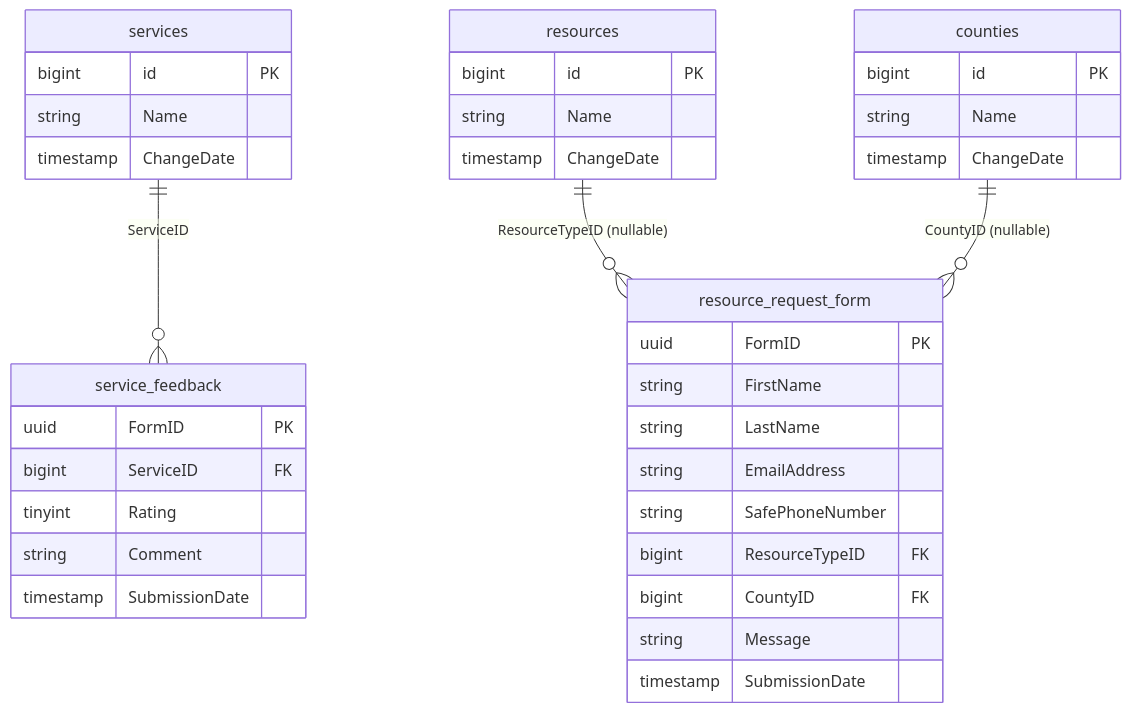
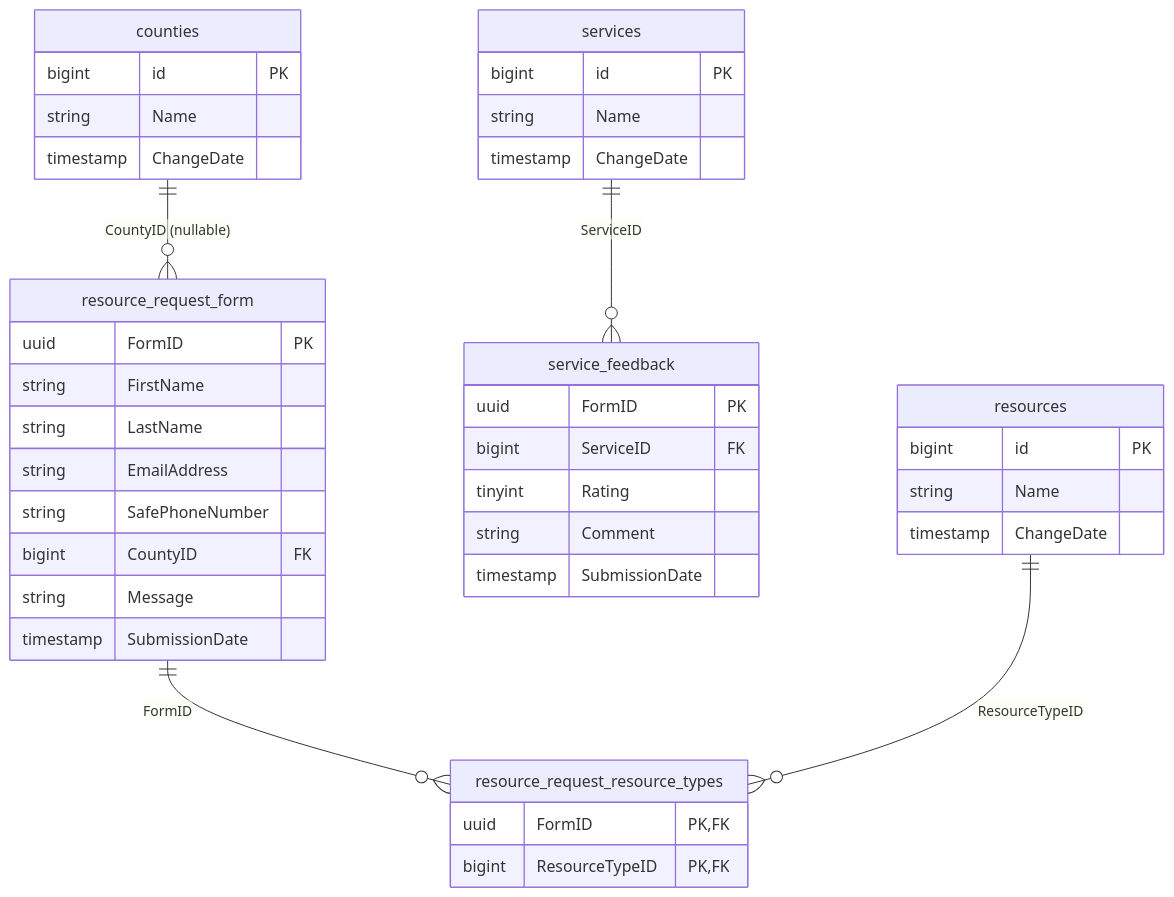
One commit to bhuddlez2/HarborSafeProject changed the second of 2 diagrams in Schema_Reference.md. Above: the diagram before and after it, drawn with Mermaid. The commit also changed other lines of this file and 2 other files, not shown here.

First line of the commit message:
Add a README and bring Schema_Reference up to date

````diff
--- a/Schema_Reference.md
+++ b/Schema_Reference.md
@@ -136,40 +136,44 @@
 ```mermaid
 erDiagram
     services {
         bigint id PK
         string Name
         timestamp ChangeDate
     }
     resources {
         bigint id PK
         string Name
         timestamp ChangeDate
     }
     counties {
         bigint id PK
         string Name
         timestamp ChangeDate
     }
     service_feedback {
         uuid FormID PK
         bigint ServiceID FK
         tinyint Rating
         string Comment
         timestamp SubmissionDate
     }
     resource_request_form {
         uuid FormID PK
         string FirstName
         string LastName
         string EmailAddress
         string SafePhoneNumber
-        bigint ResourceTypeID FK
         bigint CountyID FK
         string Message
         timestamp SubmissionDate
     }
+    resource_request_resource_types {
+        uuid FormID PK,FK
+        bigint ResourceTypeID PK,FK
+    }
 
     services ||--o{ service_feedback : "ServiceID"
-    resources ||--o{ resource_request_form : "ResourceTypeID (nullable)"
     counties ||--o{ resource_request_form : "CountyID (nullable)"
+    resource_request_form ||--o{ resource_request_resource_types : "FormID"
+    resources ||--o{ resource_request_resource_types : "ResourceTypeID"
 ```
````
